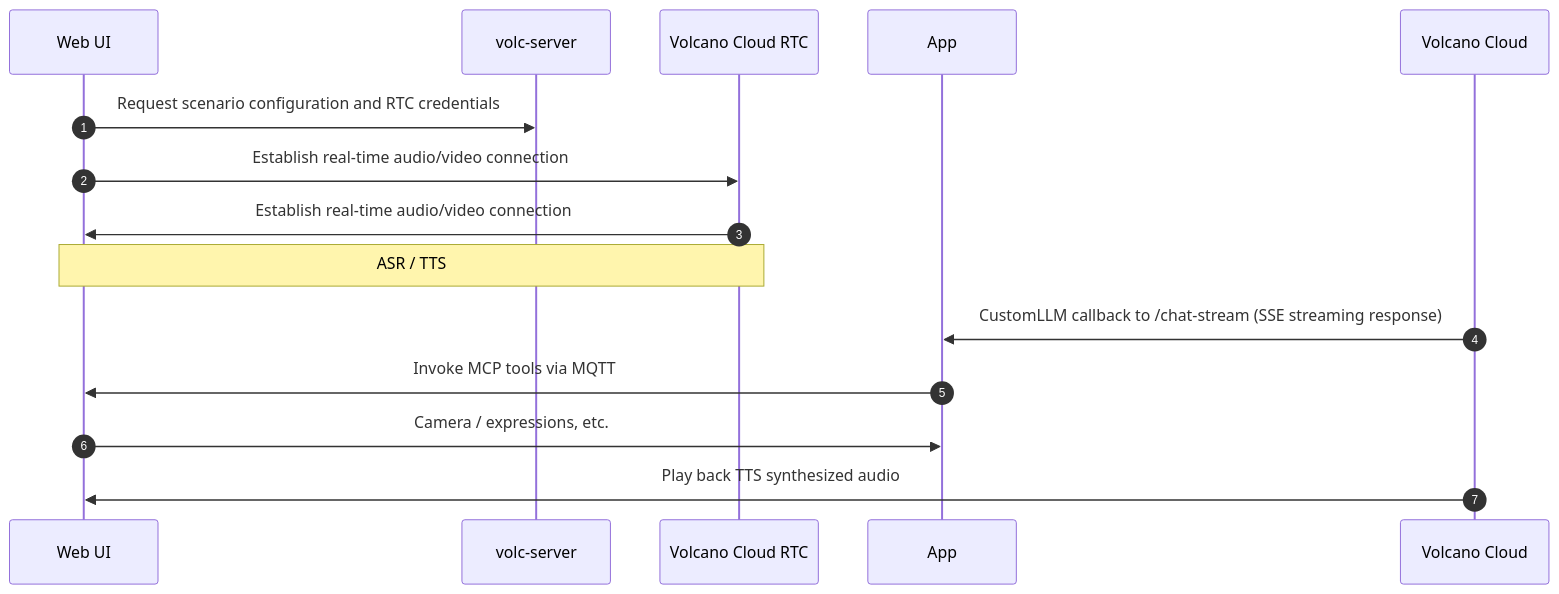
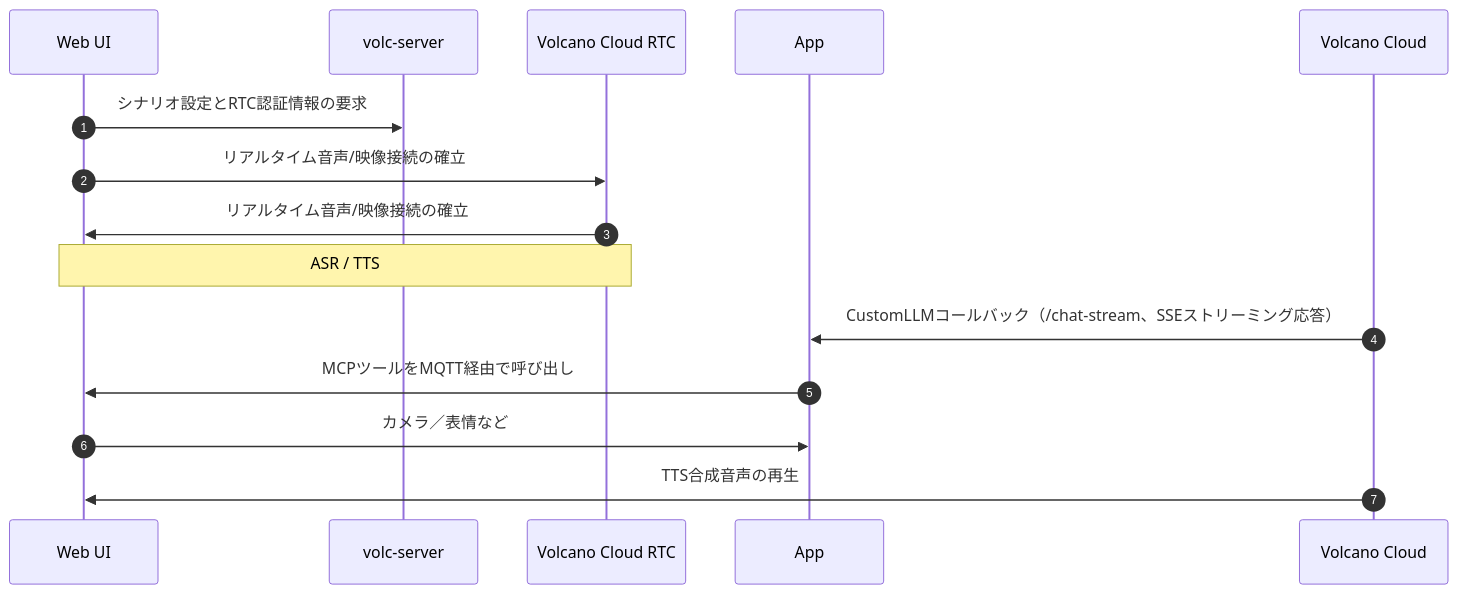
The diagram in ja_JP/emqx-ai/rtc-services/volcengine-rtc/quick-start.md (emqx/emqx-docs), drawn with Mermaid before and after one commit. The commit also changed other lines of this file and 182 other files, not shown here.

````diff
--- a/ja_JP/emqx-ai/rtc-services/volcengine-rtc/quick-start.md
+++ b/ja_JP/emqx-ai/rtc-services/volcengine-rtc/quick-start.md
@@ -21,23 +21,23 @@
 ```mermaid
 sequenceDiagram
     autonumber
     participant WebUI as Web UI
     participant Volc as volc-server
     participant RTC as Volcano Cloud RTC
     participant App as App
     participant Cloud as Volcano Cloud
 
-    WebUI ->> Volc: Request scenario configuration and RTC credentials
+    WebUI ->> Volc: シナリオ設定とRTC認証情報の要求
 
-    WebUI ->> RTC: Establish real-time audio/video connection
-    RTC ->> WebUI: Establish real-time audio/video connection
+    WebUI ->> RTC: リアルタイム音声/映像接続の確立
+    RTC ->> WebUI: リアルタイム音声/映像接続の確立
     note over WebUI, RTC: ASR / TTS
 
-    Cloud ->> App: CustomLLM callback to /chat-stream (SSE streaming response)
+    Cloud ->> App: CustomLLMコールバック（/chat-stream、SSEストリーミング応答）
 
-    App ->> WebUI: Invoke MCP tools via MQTT
-    WebUI ->> App: Camera / expressions, etc.
+    App ->> WebUI: MCPツールをMQTT経由で呼び出し
+    WebUI ->> App: カメラ／表情など
 
-    Cloud ->> WebUI: Play back TTS synthesized audio
+    Cloud ->> WebUI: TTS合成音声の再生
 
 ```
````
